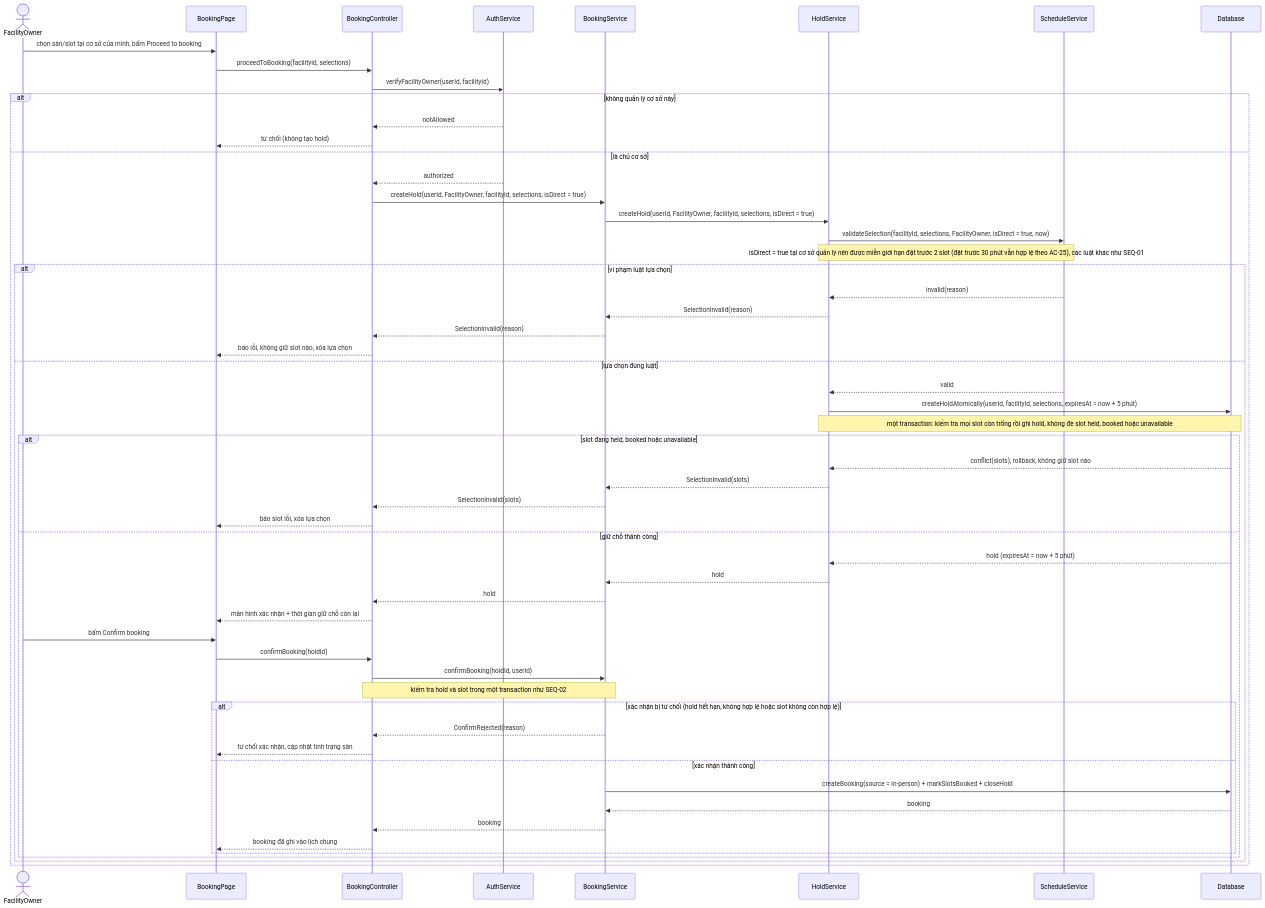
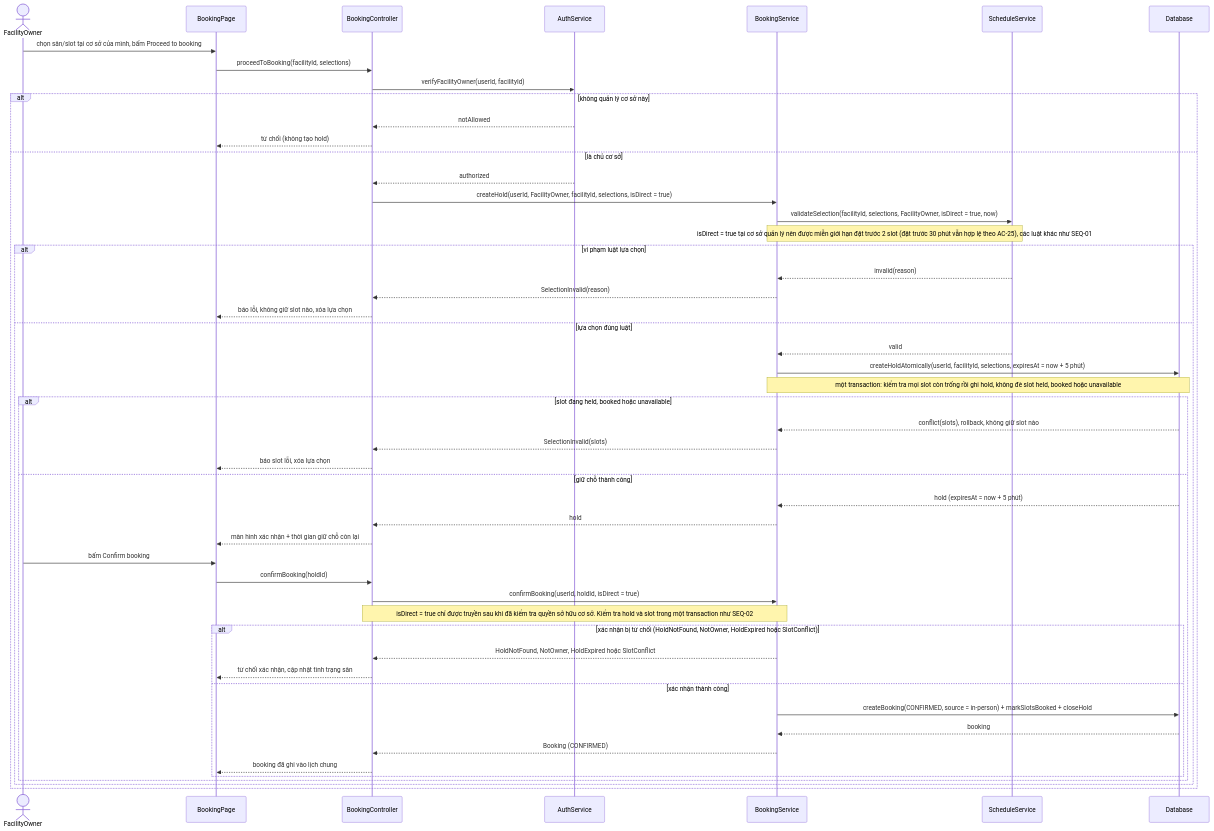
The sixth of 6 diagrams in docs/design/sequences/sequence-diagrams.md (buikhoa130406/se-project-t04), drawn with Mermaid before and after one commit. The commit also changed other lines of this file and 5 other files, not shown here.

````diff
--- a/docs/design/sequences/sequence-diagrams.md
+++ b/docs/design/sequences/sequence-diagrams.md
@@ -342,64 +351,59 @@
 ```mermaid
 sequenceDiagram
     actor FacilityOwner
     participant BookingPage
     participant BookingController
     participant AuthService
     participant BookingService
-    participant HoldService
     participant ScheduleService
     participant Database
 
     FacilityOwner->>BookingPage: chọn sân/slot tại cơ sở của mình, bấm Proceed to booking
     BookingPage->>BookingController: proceedToBooking(facilityId, selections)
     BookingController->>AuthService: verifyFacilityOwner(userId, facilityId)
 
     alt không quản lý cơ sở này
         AuthService-->>BookingController: notAllowed
         BookingController-->>BookingPage: từ chối (không tạo hold)
     else là chủ cơ sở
         AuthService-->>BookingController: authorized
         BookingController->>BookingService: createHold(userId, FacilityOwner, facilityId, selections, isDirect = true)
-        BookingService->>HoldService: createHold(userId, FacilityOwner, facilityId, selections, isDirect = true)
-        HoldService->>ScheduleService: validateSelection(facilityId, selections, FacilityOwner, isDirect = true, now)
-        Note over HoldService,ScheduleService: isDirect = true tại cơ sở quản lý nên được miễn giới hạn đặt trước 2 slot (đặt trước 30 phút vẫn hợp lệ theo AC-25), các luật khác như SEQ-01
+        BookingService->>ScheduleService: validateSelection(facilityId, selections, FacilityOwner, isDirect = true, now)
+        Note over BookingService,ScheduleService: isDirect = true tại cơ sở quản lý nên được miễn giới hạn đặt trước 2 slot (đặt trước 30 phút vẫn hợp lệ theo AC-25), các luật khác như SEQ-01
 
         alt vi phạm luật lựa chọn
-            ScheduleService-->>HoldService: invalid(reason)
-            HoldService-->>BookingService: SelectionInvalid(reason)
+            ScheduleService-->>BookingService: invalid(reason)
             BookingService-->>BookingController: SelectionInvalid(reason)
             BookingController-->>BookingPage: báo lỗi, không giữ slot nào, xóa lựa chọn
         else lựa chọn đúng luật
-            ScheduleService-->>HoldService: valid
-            HoldService->>Database: createHoldAtomically(userId, facilityId, selections, expiresAt = now + 5 phút)
-            Note over HoldService,Database: một transaction: kiểm tra mọi slot còn trống rồi ghi hold, không đè slot held, booked hoặc unavailable
+            ScheduleService-->>BookingService: valid
+            BookingService->>Database: createHoldAtomically(userId, facilityId, selections, expiresAt = now + 5 phút)
+            Note over BookingService,Database: một transaction: kiểm tra mọi slot còn trống rồi ghi hold, không đè slot held, booked hoặc unavailable
 
             alt slot đang held, booked hoặc unavailable
-                Database-->>HoldService: conflict(slots), rollback, không giữ slot nào
-                HoldService-->>BookingService: SelectionInvalid(slots)
+                Database-->>BookingService: conflict(slots), rollback, không giữ slot nào
                 BookingService-->>BookingController: SelectionInvalid(slots)
                 BookingController-->>BookingPage: báo slot lỗi, xóa lựa chọn
             else giữ chỗ thành công
-                Database-->>HoldService: hold (expiresAt = now + 5 phút)
-                HoldService-->>BookingService: hold
+                Database-->>BookingService: hold (expiresAt = now + 5 phút)
                 BookingService-->>BookingController: hold
                 BookingController-->>BookingPage: màn hình xác nhận + thời gian giữ chỗ còn lại
 
                 FacilityOwner->>BookingPage: bấm Confirm booking
                 BookingPage->>BookingController: confirmBooking(holdId)
-                BookingController->>BookingService: confirmBooking(holdId, userId)
-                Note over BookingController,BookingService: kiểm tra hold và slot trong một transaction như SEQ-02
+                BookingController->>BookingService: confirmBooking(userId, holdId, isDirect = true)
+                Note over BookingController,BookingService: isDirect = true chỉ được truyền sau khi đã kiểm tra quyền sở hữu cơ sở. Kiểm tra hold và slot trong một transaction như SEQ-02
 
-                alt xác nhận bị từ chối (hold hết hạn, không hợp lệ hoặc slot không còn hợp lệ)
-                    BookingService-->>BookingController: ConfirmRejected(reason)
+                alt xác nhận bị từ chối (HoldNotFound, NotOwner, HoldExpired hoặc SlotConflict)
+                    BookingService-->>BookingController: HoldNotFound, NotOwner, HoldExpired hoặc SlotConflict
                     BookingController-->>BookingPage: từ chối xác nhận, cập nhật tình trạng sân
                 else xác nhận thành công
-                    BookingService->>Database: createBooking(source = in-person) + markSlotsBooked + closeHold
+                    BookingService->>Database: createBooking(CONFIRMED, source = in-person) + markSlotsBooked + closeHold
                     Database-->>BookingService: booking
-                    BookingService-->>BookingController: booking
+                    BookingService-->>BookingController: Booking (CONFIRMED)
                     BookingController-->>BookingPage: booking đã ghi vào lịch chung
                 end
             end
         end
     end
 ```
````
